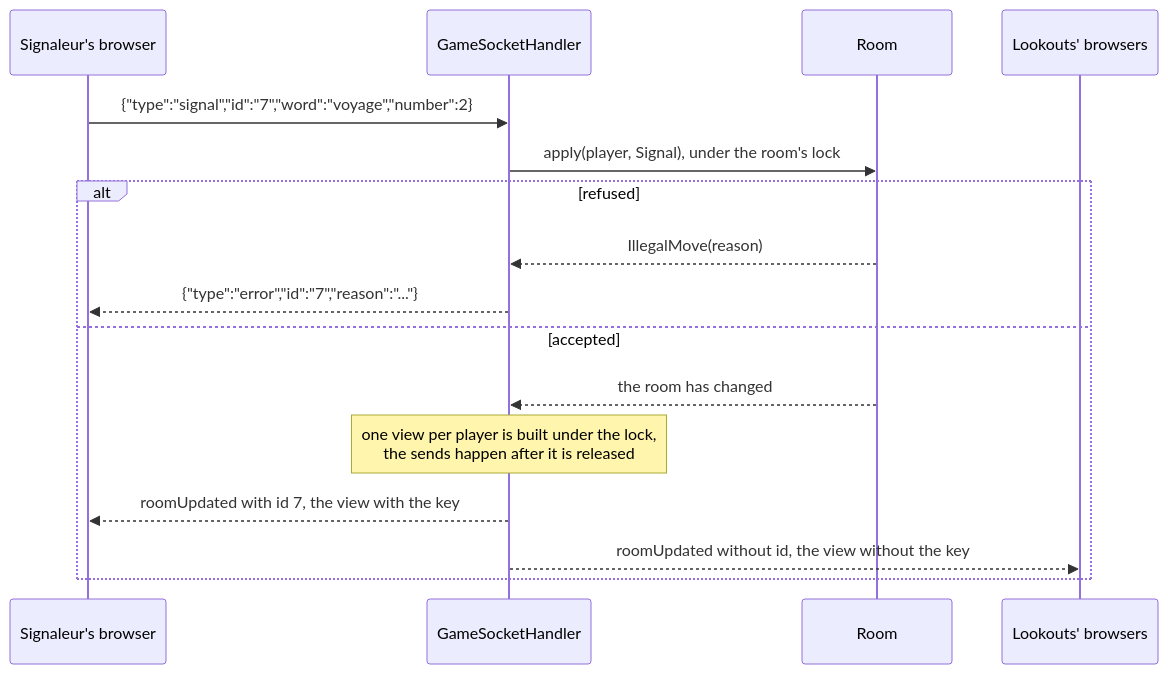
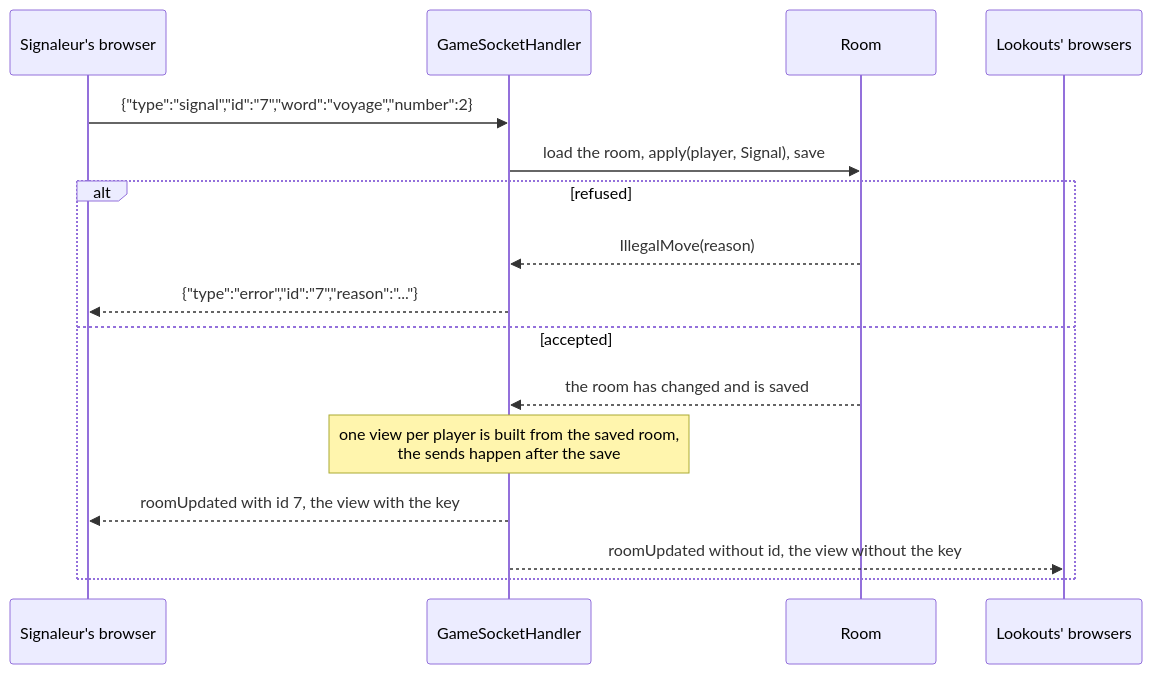
Before and after one commit to Didelo-lilian/semaphore: the second of 2 diagrams in docs/adr/0003-rooms-the-state-machine-and-the-protocol.md, drawn with Mermaid. The commit also changed other lines of this file and 45 other files, not shown here.

````diff
--- a/docs/adr/0003-rooms-the-state-machine-and-the-protocol.md
+++ b/docs/adr/0003-rooms-the-state-machine-and-the-protocol.md
@@ -58,18 +58,18 @@
 ```mermaid
 sequenceDiagram
   participant S as Signaleur's browser
   participant H as GameSocketHandler
   participant R as Room
   participant L as Lookouts' browsers
   S->>H: {"type":"signal","id":"7","word":"voyage","number":2}
-  H->>R: apply(player, Signal), under the room's lock
+  H->>R: load the room, apply(player, Signal), save
   alt refused
     R-->>H: IllegalMove(reason)
     H-->>S: {"type":"error","id":"7","reason":"..."}
   else accepted
-    R-->>H: the room has changed
-    Note over H: one view per player is built under the lock,<br/>the sends happen after it is released
+    R-->>H: the room has changed and is saved
+    Note over H: one view per player is built from the saved room,<br/>the sends happen after the save
     H-->>S: roomUpdated with id 7, the view with the key
     H-->>L: roomUpdated without id, the view without the key
   end
 ```
````
